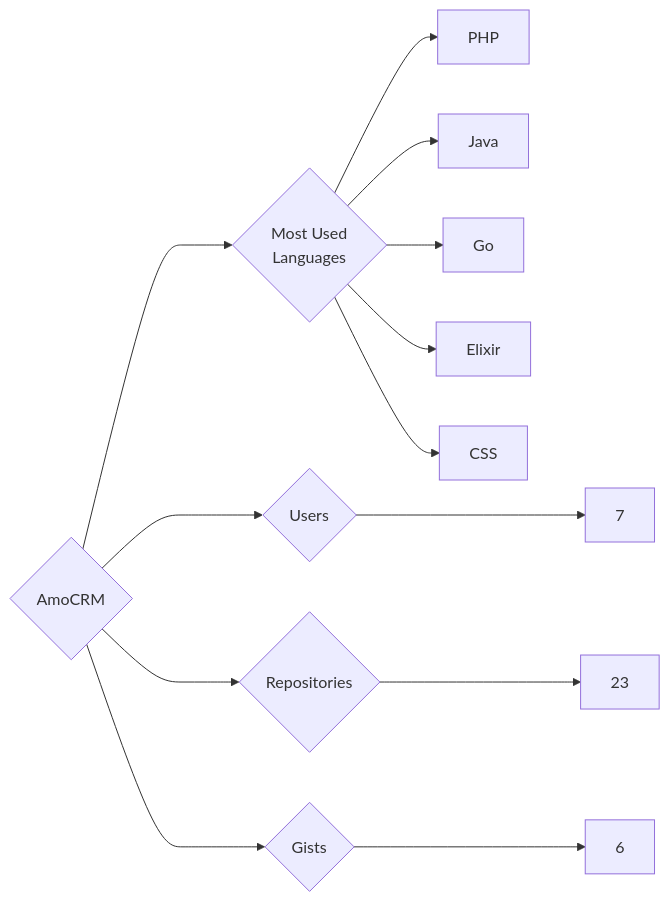
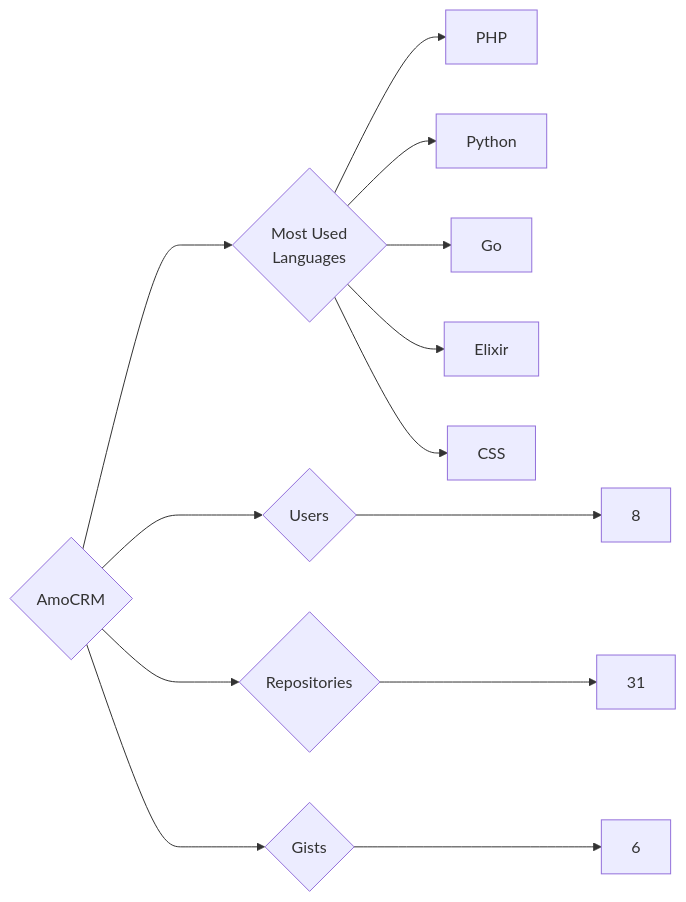
Before and after one commit to trickest/insiders: the diagram in targets/AmoCRM/README.md, drawn with Mermaid. The commit also changed 1023 other files, not shown here.

````diff
--- a/targets/AmoCRM/README.md
+++ b/targets/AmoCRM/README.md
@@ -3,13 +3,13 @@
 ```mermaid
 graph LR
 COMPANY_NAME{AmoCRM}
-COMPANY_NAME ---> U{Users} ---> UN[7]
-COMPANY_NAME ---> R{Repositories} ---> RN[23]
+COMPANY_NAME ---> U{Users} ---> UN[8]
+COMPANY_NAME ---> R{Repositories} ---> RN[31]
 COMPANY_NAME ---> G{Gists} ---> GN[6]
 COMPANY_NAME ---> ML{Most Used<br>Languages}
 ML --> PHP[PHP]
-ML --> Java[Java]
+ML --> Python[Python]
 ML --> Go[Go]
 ML --> Elixir[Elixir]
 ML --> CSS[CSS]
 ```
````
